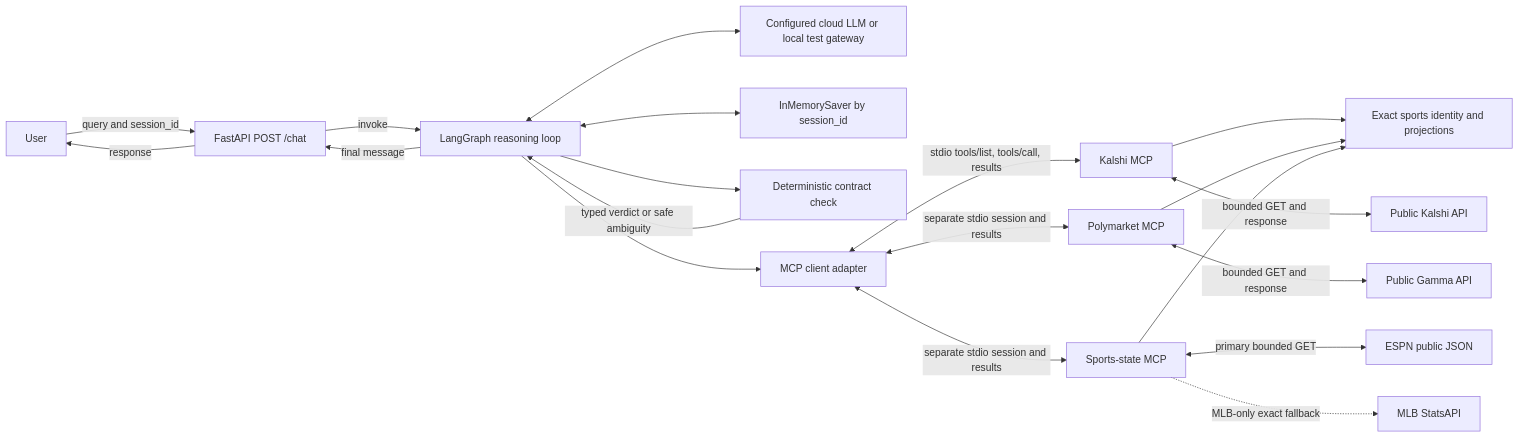
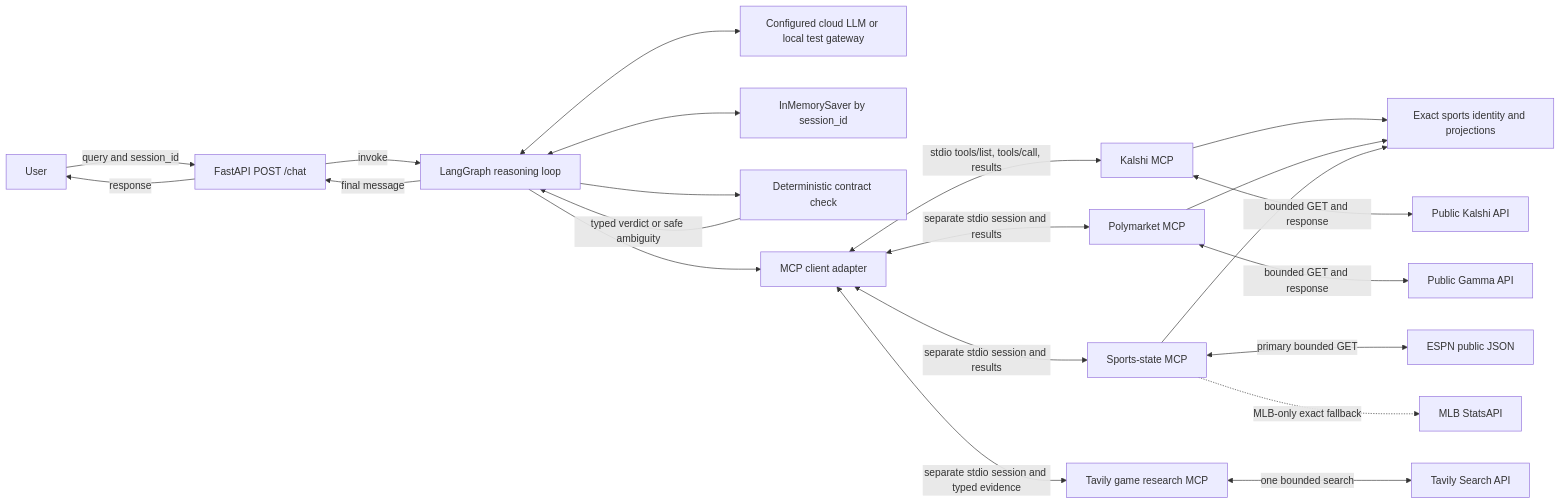
Before and after one commit to waderylan/prediction-market-agent: the first of 3 diagrams in README.md, drawn with Mermaid. The commit also changed other lines of this file and 16 other files, not shown here.

First line of the commit message:
Complete bounded sports research

````diff
--- a/README.md
+++ b/README.md
@@ -246,22 +263,24 @@
 ```mermaid
 flowchart LR
     U[User] -->|query and session_id| F[FastAPI POST /chat]
     F -->|response| U
     F -->|invoke| G[LangGraph reasoning loop]
     G -->|final message| F
     G <--> L[Configured cloud LLM or local test gateway]
     G <--> M[InMemorySaver by session_id]
     G --> C[Deterministic contract check]
     C -->|typed verdict or safe ambiguity| G
     G --> A[MCP client adapter]
     A <-->|stdio tools/list, tools/call, results| K[Kalshi MCP]
     A <-->|separate stdio session and results| P[Polymarket MCP]
     A <-->|separate stdio session and results| SS[Sports-state MCP]
+    A <-->|separate stdio session and typed evidence| TV[Tavily game research MCP]
     K --> S[Exact sports identity and projections]
     P --> S
     SS --> S
     K <-->|bounded GET and response| KA[Public Kalshi API]
     P <-->|bounded GET and response| PA[Public Gamma API]
     SS <-->|primary bounded GET| ESPN[ESPN public JSON]
     SS -.->|MLB-only exact fallback| MLB[MLB StatsAPI]
+    TV <-->|one bounded search| TA[Tavily Search API]
 ```
````
